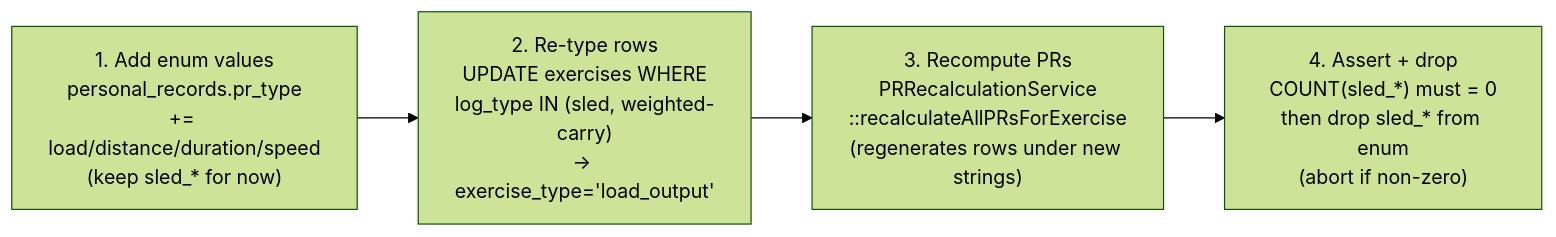
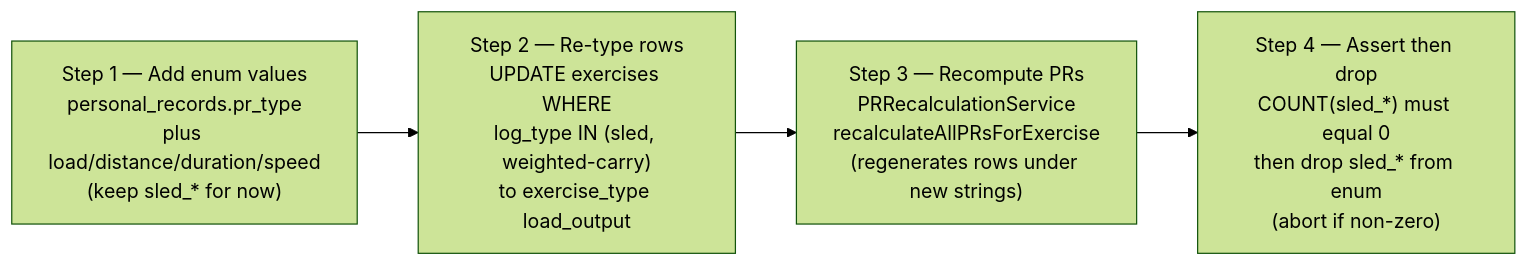
The second of 2 diagrams in docs/plans/sled-carry-load-output.md (mauzeh/nutrition), drawn with Mermaid (forest theme) before and after one commit.

Commit message:
Fix Mermaid L2 diagram: drop leading N. list triggers in node labels
'1.'/'2.' at the start of a node label made the Mermaid renderer treat the
text as a markdown ordered list ('Unsupported markdown: list'). Renumber as
'Step 1 —' etc. (no leading number-period), and drop a leading '::' that could
also trip markdown handling. Arrows still convey the strict order.

````diff
--- a/docs/plans/sled-carry-load-output.md
+++ b/docs/plans/sled-carry-load-output.md
@@ -120,8 +120,8 @@
 ```mermaid
 flowchart LR
-    M1["1. Add enum values<br/>personal_records.pr_type<br/>+= load/distance/duration/speed<br/>(keep sled_* for now)"]
-    M2["2. Re-type rows<br/>UPDATE exercises WHERE<br/>log_type IN (sled, weighted-carry)<br/>→ exercise_type='load_output'"]
-    M3["3. Recompute PRs<br/>PRRecalculationService<br/>::recalculateAllPRsForExercise<br/>(regenerates rows under new strings)"]
-    M4["4. Assert + drop<br/>COUNT(sled_*) must = 0<br/>then drop sled_* from enum<br/>(abort if non-zero)"]
+    M1["Step 1 — Add enum values<br/>personal_records.pr_type<br/>plus load/distance/duration/speed<br/>(keep sled_* for now)"]
+    M2["Step 2 — Re-type rows<br/>UPDATE exercises WHERE<br/>log_type IN (sled, weighted-carry)<br/>to exercise_type load_output"]
+    M3["Step 3 — Recompute PRs<br/>PRRecalculationService<br/>recalculateAllPRsForExercise<br/>(regenerates rows under new strings)"]
+    M4["Step 4 — Assert then drop<br/>COUNT(sled_*) must equal 0<br/>then drop sled_* from enum<br/>(abort if non-zero)"]
     M1 --> M2 --> M3 --> M4
 ```
````
